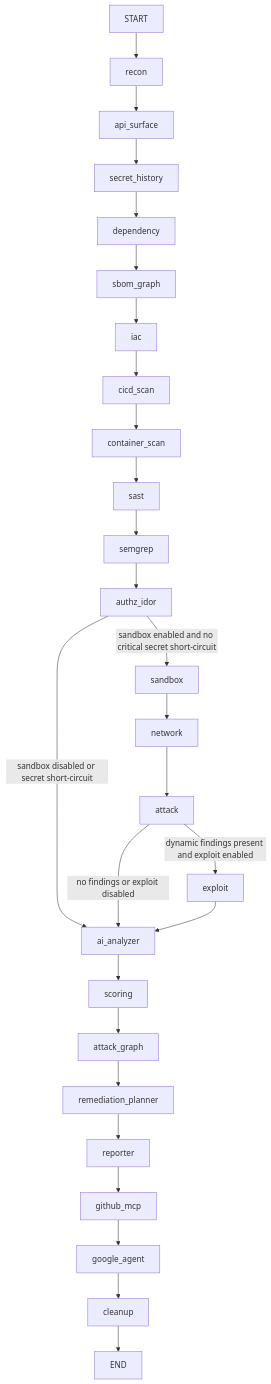
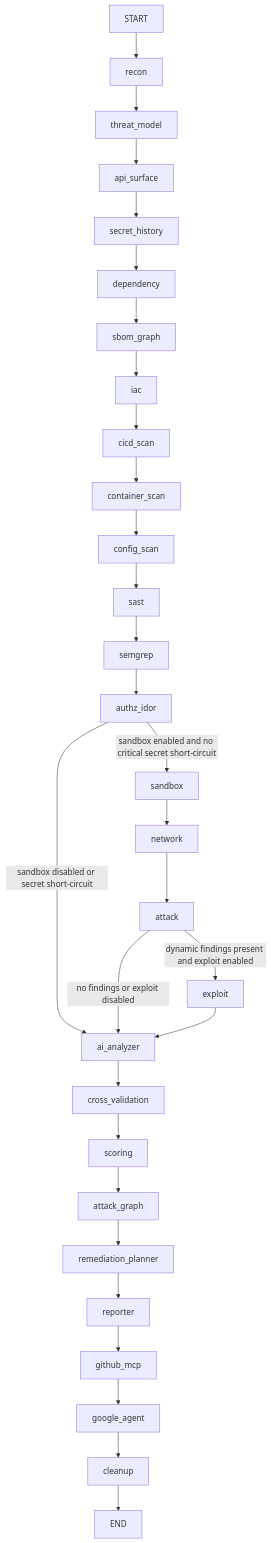
The diagram in docs/ORCHESTRATION_PIPELINE.md (skvsmdarman/Fire-Crow-prototype-project), drawn with Mermaid before and after one commit. The commit also changed other lines of this file and 23 other files, not shown here.

````diff
--- a/docs/ORCHESTRATION_PIPELINE.md
+++ b/docs/ORCHESTRATION_PIPELINE.md
@@ -37,29 +40,32 @@
 ```mermaid
 flowchart TD
     START --> recon
-    recon --> api_surface
+    recon --> threat_model
+    threat_model --> api_surface
     api_surface --> secret_history
     secret_history --> dependency
     dependency --> sbom_graph
     sbom_graph --> iac
     iac --> cicd_scan
     cicd_scan --> container_scan
-    container_scan --> sast
+    container_scan --> config_scan
+    config_scan --> sast
     sast --> semgrep
     semgrep --> authz_idor
     authz_idor -->|"sandbox enabled and no critical secret short-circuit"| sandbox
     authz_idor -->|"sandbox disabled or secret short-circuit"| ai_analyzer
     sandbox --> network
     network --> attack
     attack -->|"dynamic findings present and exploit enabled"| exploit
     attack -->|"no findings or exploit disabled"| ai_analyzer
     exploit --> ai_analyzer
-    ai_analyzer --> scoring
+    ai_analyzer --> cross_validation
+    cross_validation --> scoring
     scoring --> attack_graph
     attack_graph --> remediation_planner
     remediation_planner --> reporter
     reporter --> github_mcp
     github_mcp --> google_agent
     google_agent --> cleanup
     cleanup --> END
 ```
````
